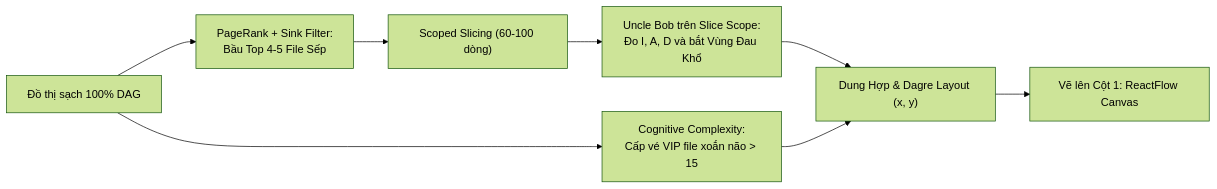
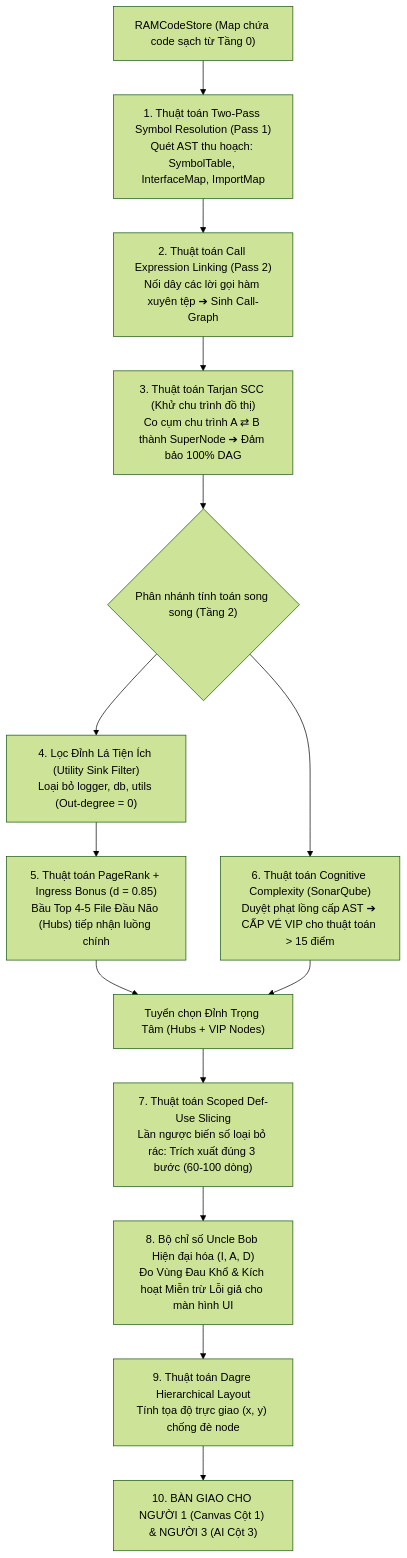
Before and after one commit to huynhthanhnhannnh-pixel/Hackathon_SGU: the diagram in 01_ENGINE_THUAT_TOAN/02_AST_SLICING_GRAPH.md, drawn with Mermaid (forest theme). The commit also changed other lines of this file and 1 other file, not shown here.

````diff
--- a/01_ENGINE_THUAT_TOAN/02_AST_SLICING_GRAPH.md
+++ b/01_ENGINE_THUAT_TOAN/02_AST_SLICING_GRAPH.md
@@ -44,10 +24,28 @@
 ```mermaid
-flowchart LR
-    CleanDAG["Đồ thị sạch 100% DAG"] --> PR["PageRank + Sink Filter:<br/>Bầu Top 4-5 File Sếp"]
-    CleanDAG --> VIP["Cognitive Complexity:<br/>Cấp vé VIP file xoắn não > 15"]
-    PR --> Slice["Scoped Slicing (60-100 dòng)"]
-    Slice --> UncleBob["Uncle Bob trên Slice Scope:<br/>Đo I, A, D và bắt Vùng Đau Khổ"]
-    UncleBob --> Merge["Dung Hợp & Dagre Layout (x, y)"]
-    VIP --> Merge
-    Merge --> Render["Vẽ lên Cột 1: ReactFlow Canvas"]
+flowchart TD
+    StoreRAM["RAMCodeStore (Map chứa code sạch từ Tầng 0)"] --> Pass1["1. Thuật toán Two-Pass Symbol Resolution (Pass 1)<br/>Quét AST thu hoạch: SymbolTable, InterfaceMap, ImportMap"]
+    
+    Pass1 --> Pass2["2. Thuật toán Call Expression Linking (Pass 2)<br/>Nối dây các lời gọi hàm xuyên tệp ➔ Sinh Call-Graph"]
+
+    Pass2 --> AlgTarjan["3. Thuật toán Tarjan SCC (Khử chu trình đồ thị)<br/>Co cụm chu trình A ⇄ B thành SuperNode ➔ Đảm bảo 100% DAG"]
+
+    AlgTarjan --> BranchT2{"Phân nhánh tính toán song song (Tầng 2)"}
+
+    %% Nhánh PageRank
+    BranchT2 --> AlgSinkFilter["4. Lọc Đỉnh Lá Tiện Ích (Utility Sink Filter)<br/>Loại bỏ logger, db, utils (Out-degree = 0)"]
+    AlgSinkFilter --> AlgPageRank["5. Thuật toán PageRank + Ingress Bonus (d = 0.85)<br/>Bầu Top 4-5 File Đầu Não (Hubs) tiếp nhận luồng chính"]
+
+    %% Nhánh Cognitive Complexity
+    BranchT2 --> AlgCognitive["6. Thuật toán Cognitive Complexity (SonarQube)<br/>Duyệt phạt lồng cấp AST ➔ CẤP VÉ VIP cho thuật toán > 15 điểm"]
+
+    AlgPageRank --> MergeSelection["Tuyển chọn Đỉnh Trọng Tâm (Hubs + VIP Nodes)"]
+    AlgCognitive --> MergeSelection
+
+    MergeSelection --> AlgSlicing["7. Thuật toán Scoped Def-Use Slicing<br/>Lần ngược biến số loại bỏ rác: Trích xuất đúng 3 bước (60-100 dòng)"]
+
+    AlgSlicing --> AlgUncleBob["8. Bộ chỉ số Uncle Bob Hiện đại hóa (I, A, D)<br/>Đo Vùng Đau Khổ & Kích hoạt Miễn trừ Lỗi giả cho màn hình UI"]
+
+    AlgUncleBob --> AlgDagre["9. Thuật toán Dagre Hierarchical Layout<br/>Tính tọa độ trực giao (x, y) chống đè node"]
+
+    AlgDagre --> RenderOutput["10. BÀN GIAO CHO NGƯỜI 1 (Canvas Cột 1) & NGƯỜI 3 (AI Cột 3)"]
 ```
````
